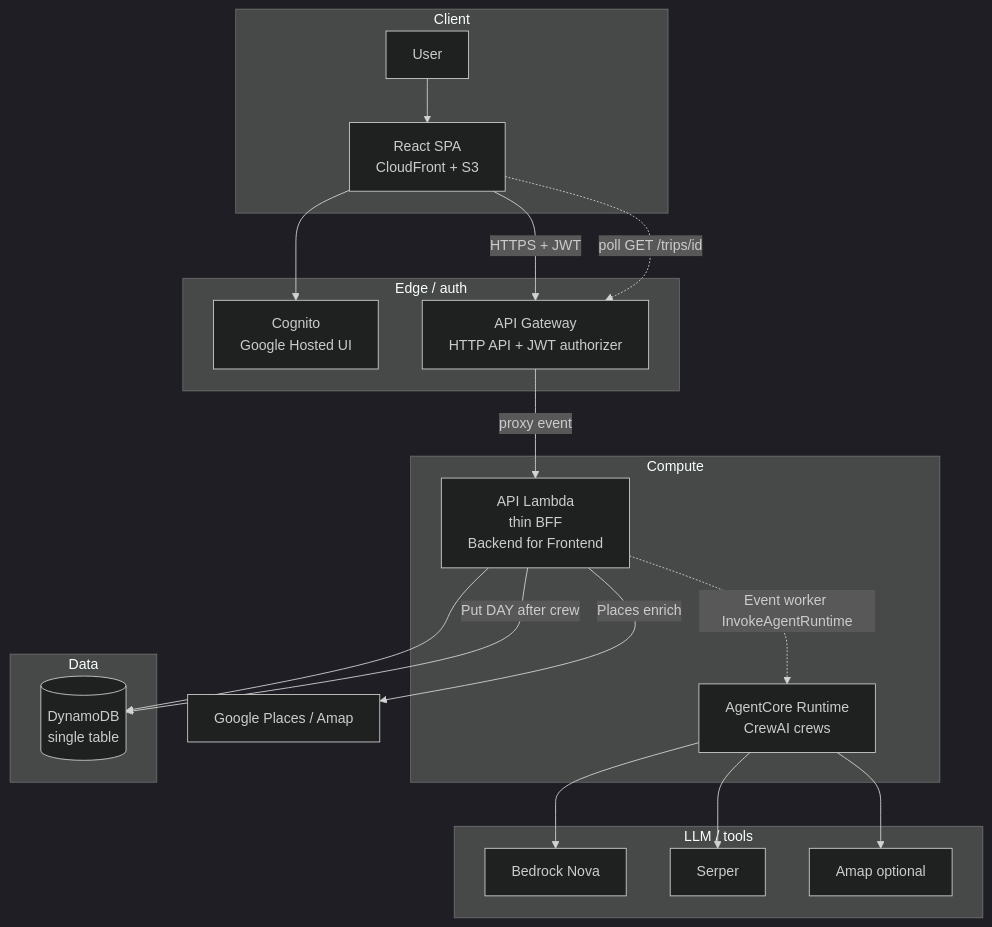
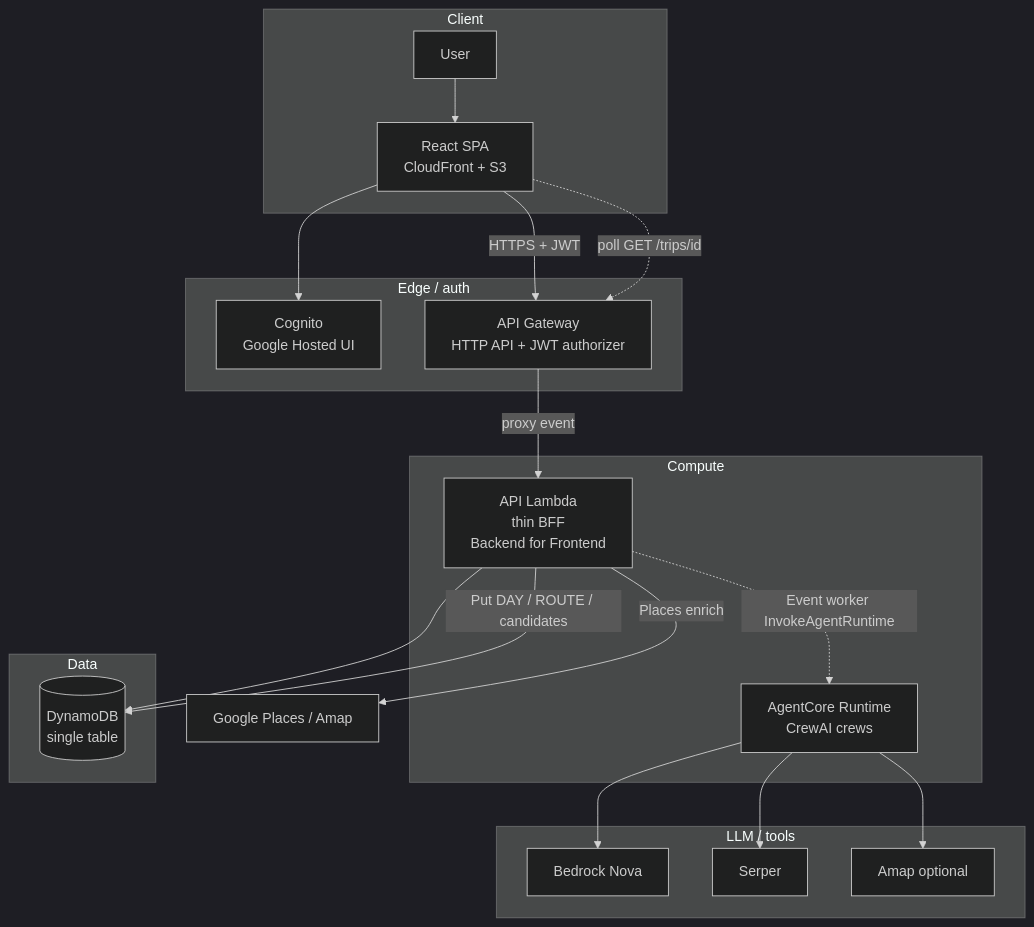
Before and after one commit to YukiUmetsu/vacation-planner-crewai: the first of 3 diagrams in docs/architecture-decisions/README.md, drawn with Mermaid (dark theme). The commit also changed other lines of this file and 33 other files, not shown here.

````diff
--- a/docs/architecture-decisions/README.md
+++ b/docs/architecture-decisions/README.md
@@ -27,40 +28,40 @@
 ```mermaid
 flowchart TB
   subgraph client [Client]
     user[User]
     spa[React SPA<br/>CloudFront + S3]
   end
 
   subgraph edge [Edge / auth]
     cognito[Cognito<br/>Google Hosted UI]
     apigw[API Gateway<br/>HTTP API + JWT authorizer]
   end
 
   subgraph compute [Compute]
     lambda[API Lambda<br/>thin BFF<br/>Backend for Frontend]
     agentcore[AgentCore Runtime<br/>CrewAI crews]
   end
 
   subgraph data [Data]
     ddb[(DynamoDB<br/>single table)]
   end
 
   subgraph llm [LLM / tools]
     bedrock[Bedrock Nova]
     serper[Serper]
     amap[Amap optional]
   end
 
   user --> spa
   spa --> cognito
   spa -->|"HTTPS + JWT"| apigw
   apigw -->|"proxy event"| lambda
   lambda --> ddb
   lambda -.->|"Event worker InvokeAgentRuntime"| agentcore
   agentcore --> bedrock
   agentcore --> serper
   agentcore --> amap
   lambda -->|"Places enrich"| placesApi[Google Places / Amap]
-  lambda -->|"Put DAY after crew"| ddb
+  lambda -->|"Put DAY / ROUTE / candidates"| ddb
   spa -.->|"poll GET /trips/id"| apigw
 ```
````
